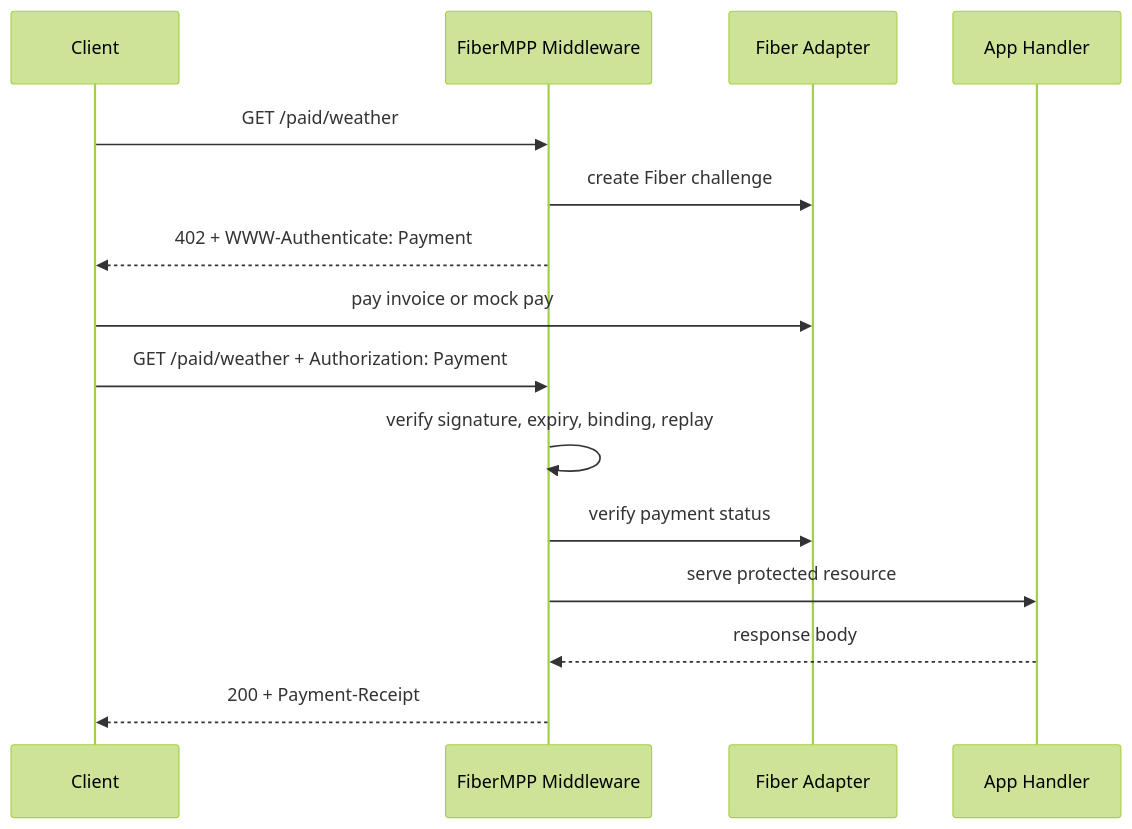
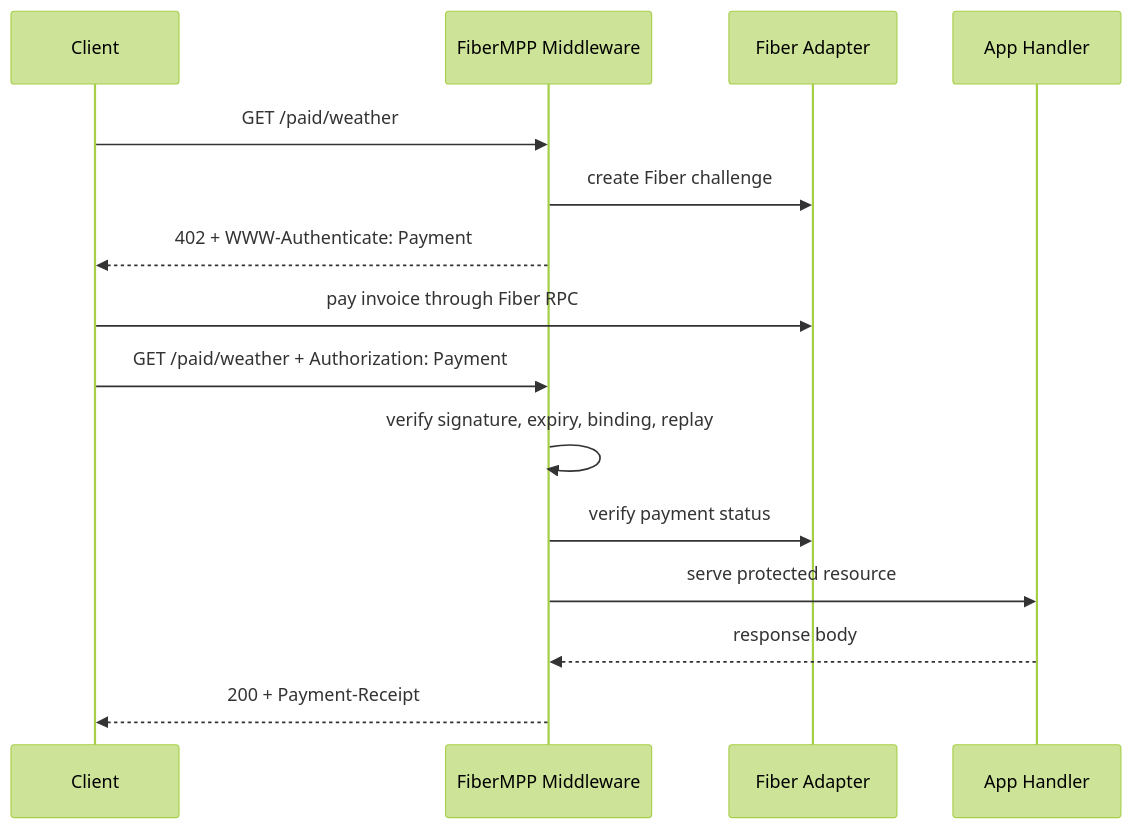
Before and after one commit to a19q3/fiber-paid-http: the diagram in docs/architecture.md, drawn with Mermaid (forest theme). The commit also changed other lines of this file and 58 other files, not shown here.

````diff
--- a/docs/architecture.md
+++ b/docs/architecture.md
@@ -17,18 +17,18 @@
 ```mermaid
 sequenceDiagram
   participant C as Client
   participant S as FiberMPP Middleware
   participant F as Fiber Adapter
   participant A as App Handler
 
   C->>S: GET /paid/weather
   S->>F: create Fiber challenge
   S-->>C: 402 + WWW-Authenticate: Payment
-  C->>F: pay invoice or mock pay
+  C->>F: pay invoice through Fiber RPC
   C->>S: GET /paid/weather + Authorization: Payment
   S->>S: verify signature, expiry, binding, replay
   S->>F: verify payment status
   S->>A: serve protected resource
   A-->>S: response body
   S-->>C: 200 + Payment-Receipt
 ```
````
